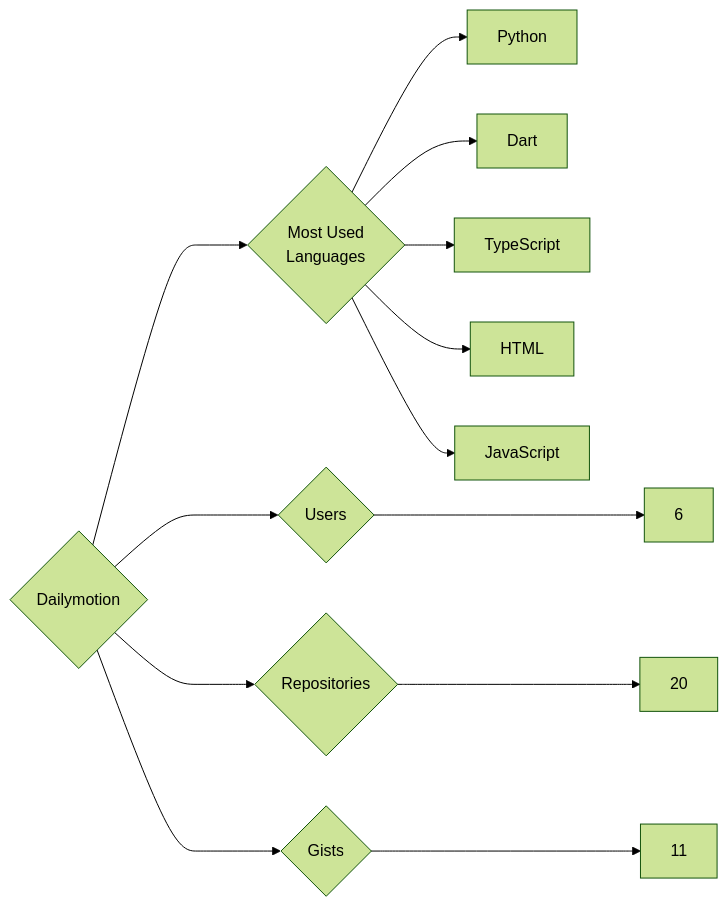
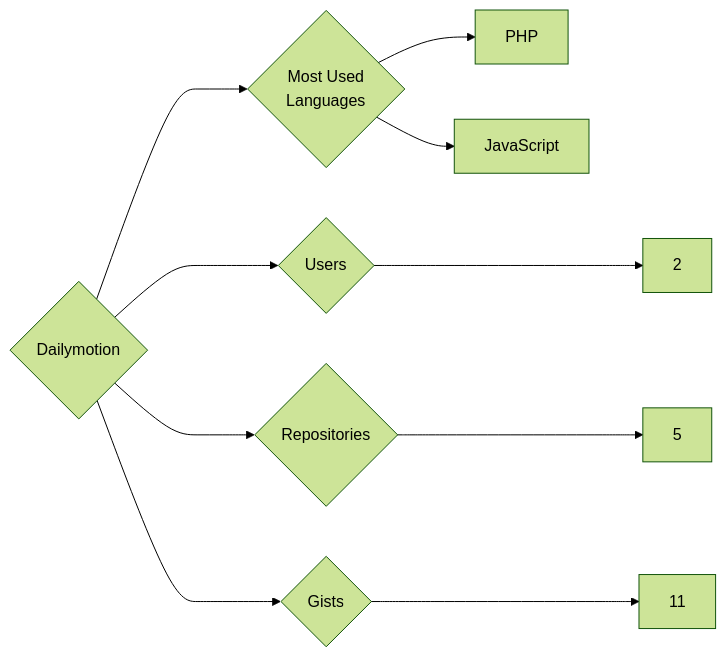
The diagram in targets/Dailymotion/README.md (trickest/insiders), drawn with Mermaid (forest theme) before and after one commit. The commit also changed 1003 other files, not shown here.

````diff
--- a/targets/Dailymotion/README.md
+++ b/targets/Dailymotion/README.md
@@ -3,13 +3,10 @@
 ```mermaid
 graph LR
 COMPANY_NAME{Dailymotion}
-COMPANY_NAME ---> U{Users} ---> UN[6]
-COMPANY_NAME ---> R{Repositories} ---> RN[20]
+COMPANY_NAME ---> U{Users} ---> UN[2]
+COMPANY_NAME ---> R{Repositories} ---> RN[5]
 COMPANY_NAME ---> G{Gists} ---> GN[11]
 COMPANY_NAME ---> ML{Most Used<br>Languages}
-ML --> Python[Python]
-ML --> Dart[Dart]
-ML --> TypeScript[TypeScript]
-ML --> HTML[HTML]
+ML --> PHP[PHP]
 ML --> JavaScript[JavaScript]
 ```
````
